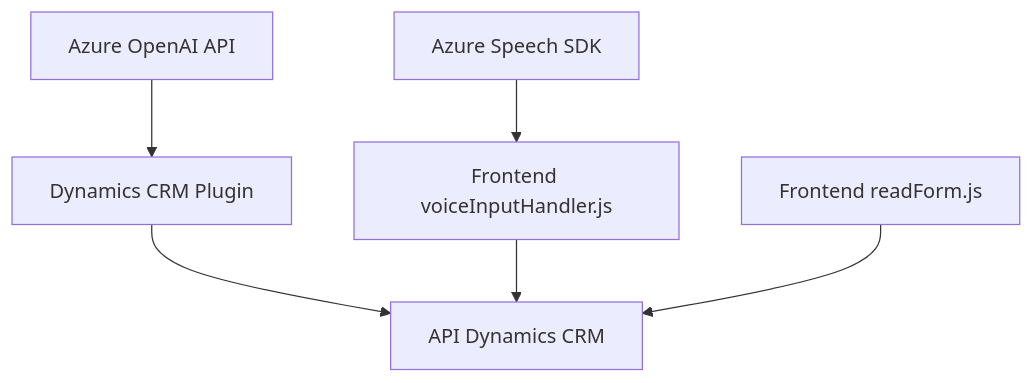
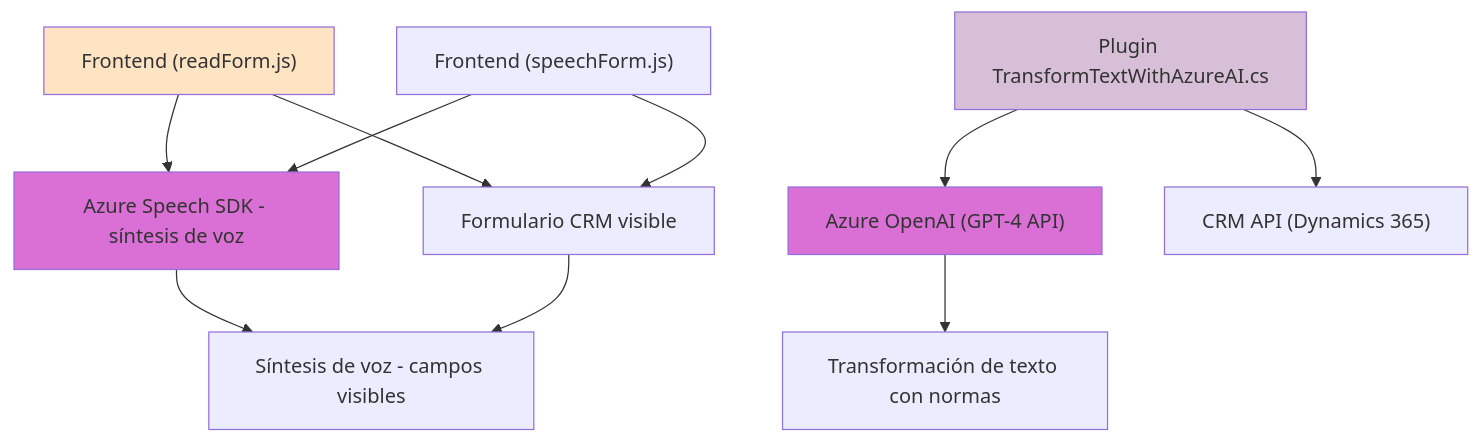
One commit to blopezdm/NETCORE_BILBAO2025 changed the diagram in README.md. Above: the diagram before and after it, drawn with Mermaid. The commit also changed other lines of this file, not shown here.

Commit message:
Actualizar análisis global de la solución con IA

````diff
--- a/README.md
+++ b/README.md
@@ -35,15 +52,20 @@
 ```mermaid
 graph TD
-    A["Dynamics CRM Plugin"]
-    B["Azure Speech SDK"]
-    C["Azure OpenAI API"]
-    D["Frontend voiceInputHandler.js"]
-    E["Frontend readForm.js"]
-    F["API Dynamics CRM"]
+    A["Frontend (readForm.js)"] --> B["Azure Speech SDK - síntesis de voz"]
+    A --> C["Formulario CRM visible"]
+    D["Frontend (speechForm.js)"] --> B
+    D --> C
 
-    A --> F
-    B --> D
-    C --> A
-    D --> F
-    E --> F
+    E["Plugin TransformTextWithAzureAI.cs"] --> F["Azure OpenAI (GPT-4 API)"]
+    E --> G["CRM API (Dynamics 365)"]
+
+    B --> H["Síntesis de voz - campos visibles"]
+    C --> H
+
+    F --> I["Transformación de texto con normas"]
+
+    style A fill:#FFE4C4
+    style E fill:#D8BFD8
+    style B fill:#DA70D6
+    style F fill:#DA70D6
 ```
````
